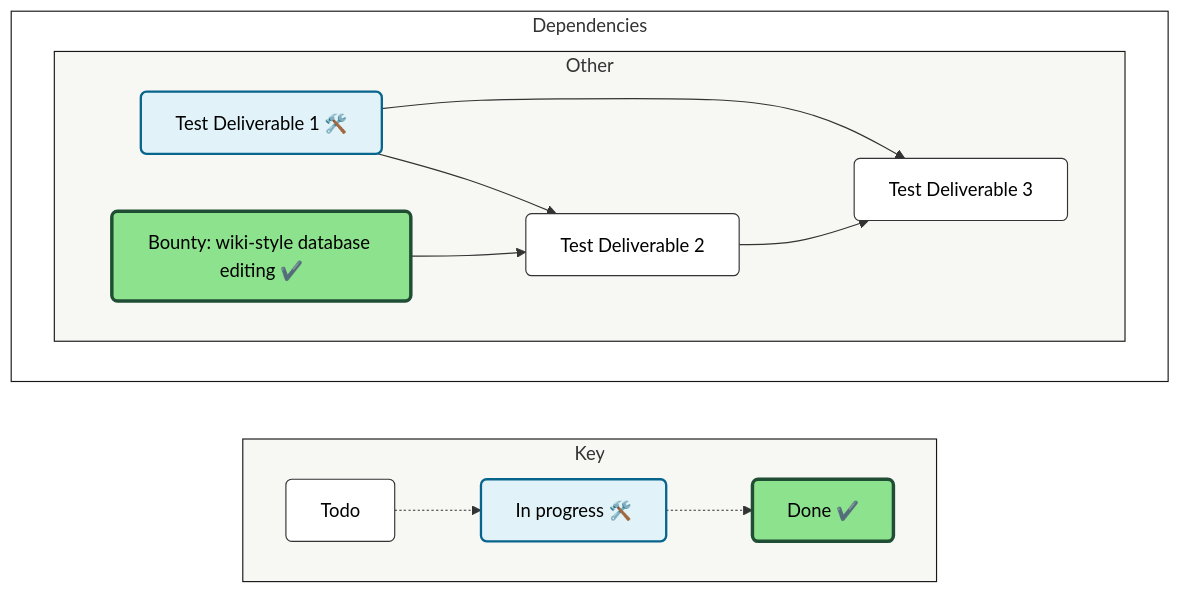
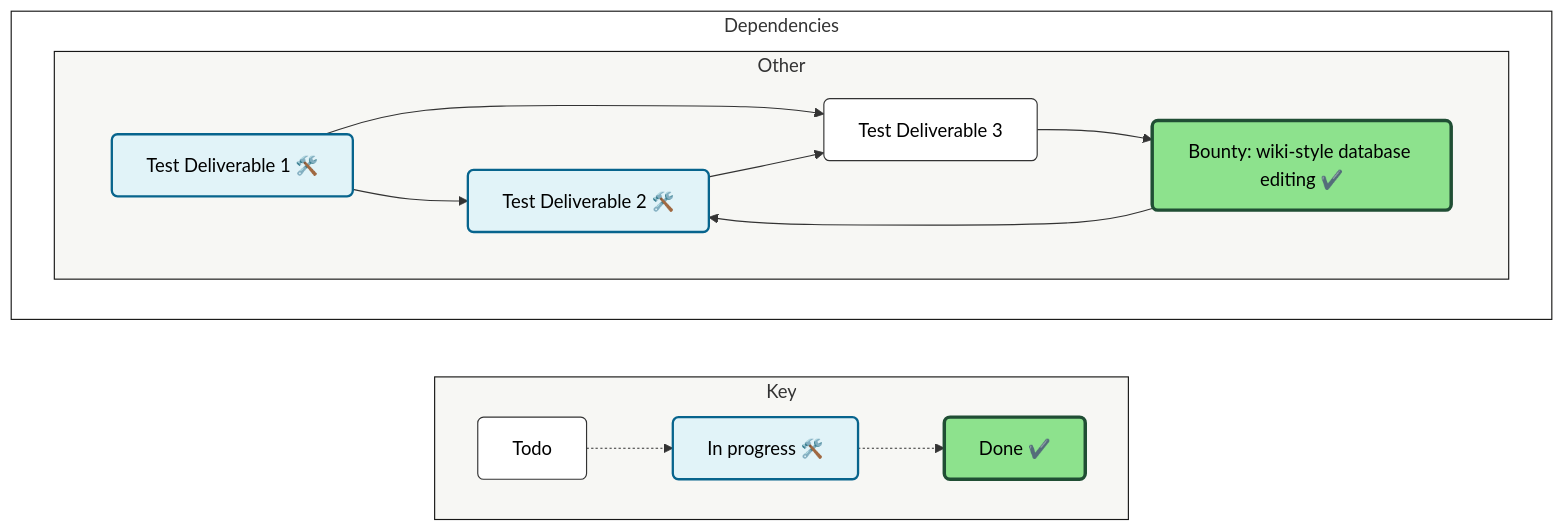
One commit to simpler-coop/simpler-template changed the diagram in documentation/dependencies.md. Above: the diagram before and after it, drawn with Mermaid.

Commit message:
docs: Update dependencies.md with dependency diagram [skip ci]

````diff
--- a/documentation/dependencies.md
+++ b/documentation/dependencies.md
@@ -7,53 +7,54 @@
 ```mermaid
 
 flowchart LR
 
   %% ─────────────────────────────
   %% Styles
   %% ─────────────────────────────
   classDef default fill:#fff,stroke:#333,stroke-width:1px,color:#000,rx:5,ry:5
   classDef InProgress fill:#e1f3f8,stroke:#07648d,stroke-width:2px,color:#000
   classDef Done fill:#8DE28D,stroke:#204e34,stroke-width:3px,color:#000
   style Canvas fill:transparent,stroke:#171716
   style Legend fill:#F7F7F4,stroke:#171716
   style other fill:#F7F7F4,stroke:#171716
 
   %% ─────────────────────────────
   %% Legend
   %% ─────────────────────────────
   subgraph Legend["Key"]
     direction LR
     k1["Todo"]
     k2["In progress 🛠️ "]:::InProgress
     k3["Done ✔️"]:::Done
 
     k1 -.-> k2 -.-> k3
   end
 
   %% ─────────────────────────────
   %% Main canvas
   %% ─────────────────────────────
   subgraph Canvas["Dependencies"]
     direction LR
 
 
     subgraph other["Other"]
     direction LR
         simpler-coop/simpler-template#1["Test Deliverable 1 🛠️"]:::InProgress
         simpler-coop/simpler-template#3["Test Deliverable 3"]
         simpler-coop/simpler-template#4["Bounty: wiki-style database editing ✔️"]:::Done
-        simpler-coop/simpler-template#10["Test Deliverable 2"]
+        simpler-coop/simpler-template#10["Test Deliverable 2 🛠️"]:::InProgress
     end
 
 
     %% ─────────────────────────────
     %% Relationships
     %% ─────────────────────────────
     simpler-coop/simpler-template#1 --> simpler-coop/simpler-template#10
     simpler-coop/simpler-template#1 --> simpler-coop/simpler-template#3
+    simpler-coop/simpler-template#3 --> simpler-coop/simpler-template#4
     simpler-coop/simpler-template#4 --> simpler-coop/simpler-template#10
     simpler-coop/simpler-template#10 --> simpler-coop/simpler-template#3
 
   end
 
 ```
````
